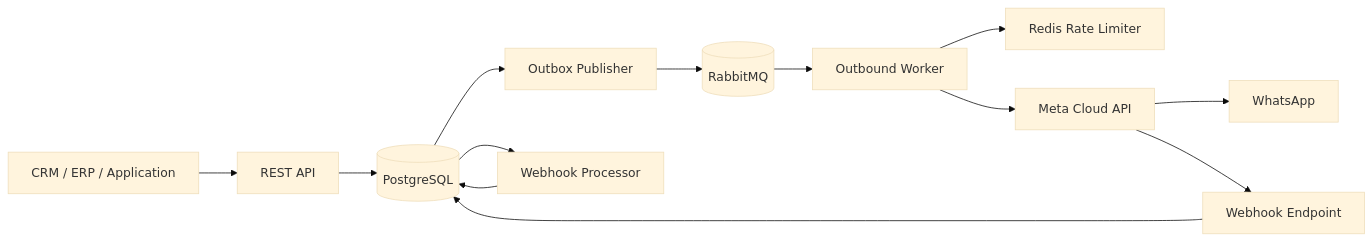
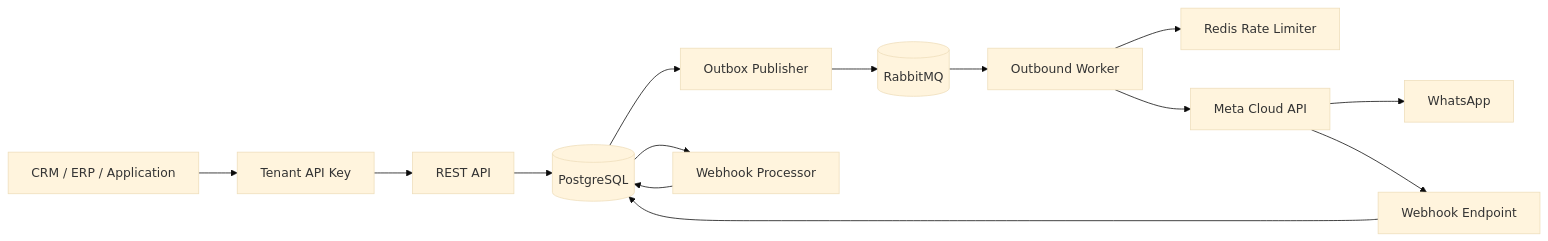
One commit to netctc/apiWhatsApp changed the diagram in README.md. Above: the diagram before and after it, drawn with Mermaid (base theme). The commit also changed other lines of this file, not shown here.

Commit message:
docs: document tenant authentication and bootstrap flow

````diff
--- a/README.md
+++ b/README.md
@@ -32,15 +35,16 @@
 ```mermaid
 flowchart LR
-    Client[CRM / ERP / Application] --> API[REST API]
+    Client[CRM / ERP / Application] --> Auth[Tenant API Key]
+    Auth --> API[REST API]
     API --> DB[(PostgreSQL)]
     DB --> Outbox[Outbox Publisher]
     Outbox --> MQ[(RabbitMQ)]
     MQ --> Worker[Outbound Worker]
     Worker --> Rate[Redis Rate Limiter]
     Worker --> Meta[Meta Cloud API]
     Meta --> WA[WhatsApp]
     Meta --> Webhook[Webhook Endpoint]
     Webhook --> DB
     DB --> Processor[Webhook Processor]
     Processor --> DB
 ```
````
